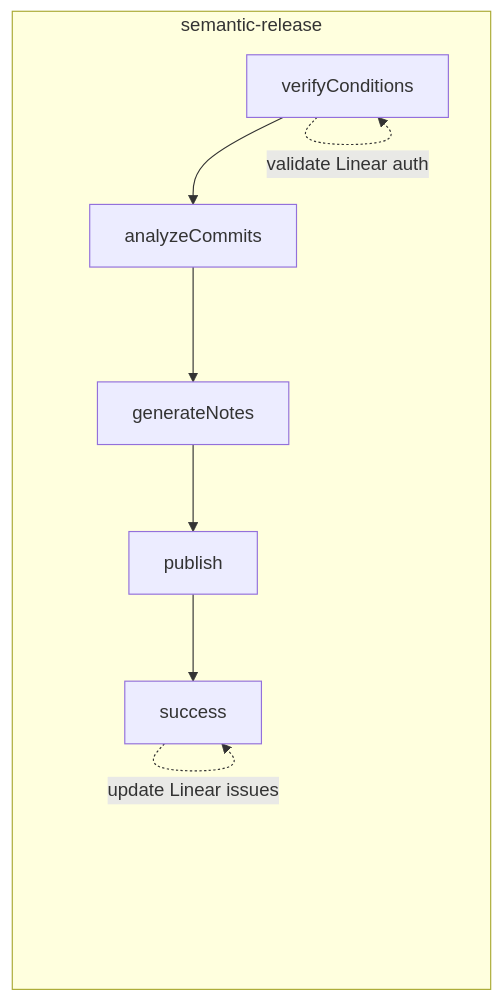
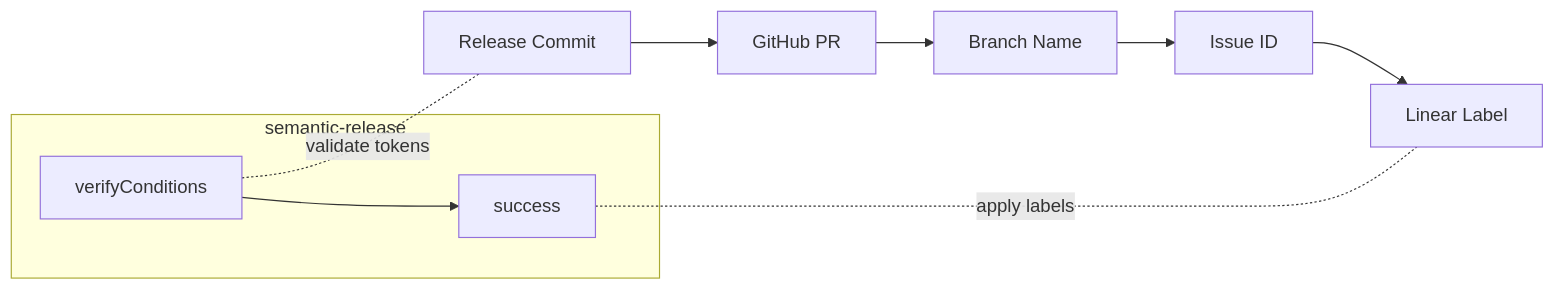
The diagram in README.md (caiopizzol/semantic-release-linear-app), drawn with Mermaid before and after one commit. The commit also changed other lines of this file and 1 other file, not shown here.

````diff
--- a/README.md
+++ b/README.md
@@ -52,12 +52,14 @@
 ```mermaid
 flowchart LR
+    A[Release Commit] --> B[GitHub PR]
+    B --> C[Branch Name]
+    C --> D[Issue ID]
+    D --> E[Linear Label]
+
     subgraph semantic-release
-        A[verifyConditions] --> B[analyzeCommits]
-        B --> C[generateNotes]
-        C --> D[publish]
-        D --> E[success]
+        V[verifyConditions] --> S[success]
     end
 
-    A -. "validate Linear auth" .-> A
-    E -. "update Linear issues" .-> E
+    V -.- |validate tokens| A
+    S -.- |apply labels| E
 ```
````
